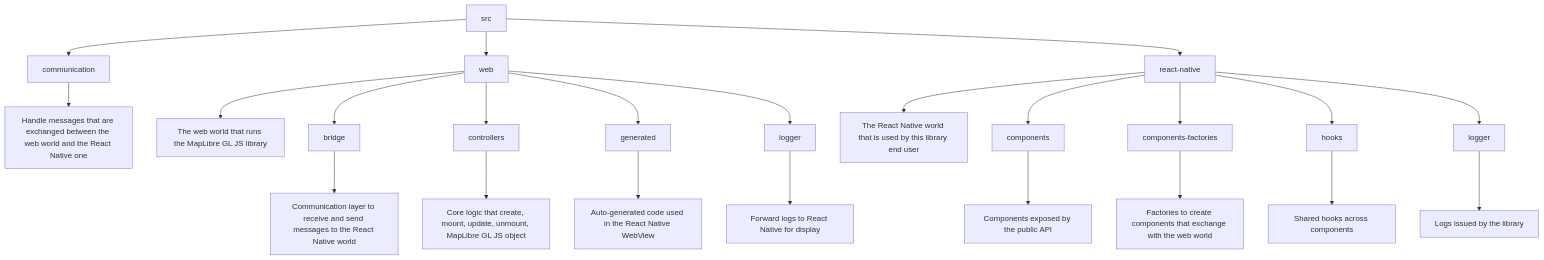
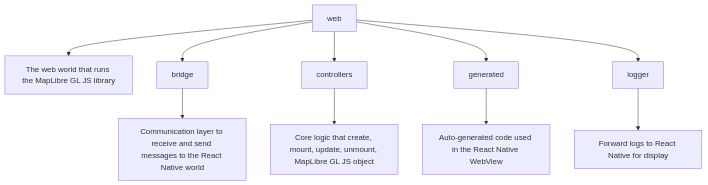
One commit to emilienaufauvre/react-native-maplibre-gl-js changed the second of 3 diagrams in docs/developer/index.md. Above: the diagram before and after it, drawn with Mermaid.

Commit message:
docs: update developer doc

````diff
--- a/docs/developer/index.md
+++ b/docs/developer/index.md
@@ -57,30 +64,15 @@
 ```mermaid
 graph TD
-A[src] --> B[communication]
-A[src] --> C[web]
-A[src] --> D[react-native]
-
-B --> B1[Handle messages that are exchanged between the web world and the React Native one]
+C[web]
 
 C --> C1[The web world that runs the MapLibre GL JS library]
 C --> C2[bridge]
 C --> C3[controllers]
 C --> C4[generated]
 C --> C5[logger]
 
 C2 --> C2a[Communication layer to receive and send messages to the React Native world]
 C3 --> C3a[Core logic that create, mount, update, unmount, MapLibre GL JS object]
 C4 --> C4a[Auto-generated code used in the React Native WebView]
 C5 --> C5a[Forward logs to React Native for display]
-
-D --> D1[The React Native world that is used by this library end user]
-D --> D2[components]
-D --> D3[components-factories]
-D --> D4[hooks]
-D --> D5[logger]
-
-D2 --> D2a[Components exposed by the public API]
-D3 --> D3a[Factories to create components that exchange with the web world]
-D4 --> D4a[Shared hooks across components]
-D5 --> D5a[Logs issued by the library]
 ```
````
